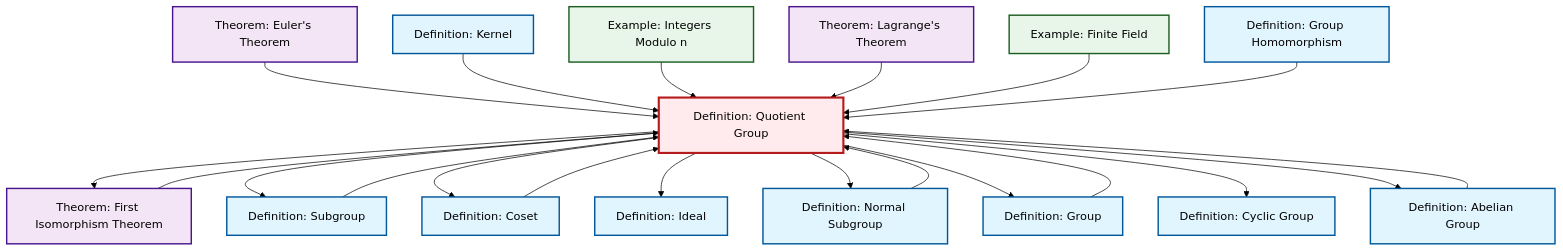
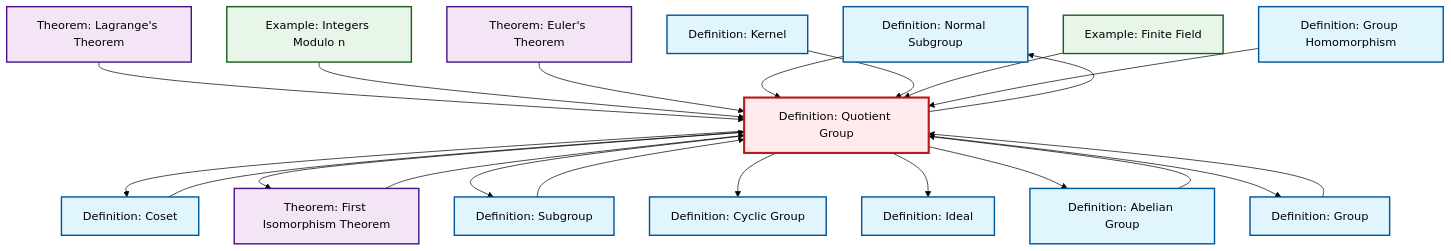
Before and after one commit to RK0429/ModernMath: the diagram in content/ja/algebra/def-quotient-group.qmd, drawn with Mermaid (forest theme). The commit also changed other lines of this file and 497 other files, not shown here.

````diff
--- a/content/ja/algebra/def-quotient-group.qmd
+++ b/content/ja/algebra/def-quotient-group.qmd
@@ -143,59 +143,59 @@
 ```{mermaid}
 %%| fig-cap: "Local dependency graph"
 graph TD
     classDef definition fill:#e1f5fe,stroke:#01579b,stroke-width:2px
     classDef theorem fill:#f3e5f5,stroke:#4a148c,stroke-width:2px
     classDef axiom fill:#fff3e0,stroke:#e65100,stroke-width:2px
     classDef example fill:#e8f5e9,stroke:#1b5e20,stroke-width:2px
     classDef current fill:#ffebee,stroke:#b71c1c,stroke-width:3px
+    def-normal-subgroup["Definition: Normal Subgroup"]:::definition
+    thm-first-isomorphism["Theorem: First Isomorphism Theorem"]:::theorem
+    def-kernel["Definition: Kernel"]:::definition
+    def-ideal["Definition: Ideal"]:::definition
+    def-homomorphism["Definition: Group Homomorphism"]:::definition
+    def-coset["Definition: Coset"]:::definition
+    ex-quotient-integers-mod-n["Example: Integers Modulo n"]:::example
+    thm-lagrange["Theorem: Lagrange's Theorem"]:::theorem
     def-quotient-group["Definition: Quotient Group"]:::definition
-    def-normal-subgroup["Definition: Normal Subgroup"]:::definition
     thm-euler["Theorem: Euler's Theorem"]:::theorem
+    def-cyclic-group["Definition: Cyclic Group"]:::definition
+    def-subgroup["Definition: Subgroup"]:::definition
+    def-group["Definition: Group"]:::definition
+    ex-finite-field["Example: Finite Field"]:::example
     def-abelian-group["Definition: Abelian Group"]:::definition
-    thm-lagrange["Theorem: Lagrange's Theorem"]:::theorem
-    thm-first-isomorphism["Theorem: First Isomorphism Theorem"]:::theorem
-    def-coset["Definition: Coset"]:::definition
-    def-ideal["Definition: Ideal"]:::definition
-    def-kernel["Definition: Kernel"]:::definition
-    ex-finite-field["Example: Finite Field"]:::example
-    def-homomorphism["Definition: Group Homomorphism"]:::definition
-    ex-quotient-integers-mod-n["Example: Integers Modulo n"]:::example
-    def-cyclic-group["Definition: Cyclic Group"]:::definition
-    def-group["Definition: Group"]:::definition
-    def-subgroup["Definition: Subgroup"]:::definition
+    thm-lagrange --> def-quotient-group
+    def-subgroup --> def-quotient-group
+    def-quotient-group --> def-coset
+    ex-quotient-integers-mod-n --> def-quotient-group
     def-quotient-group --> thm-first-isomorphism
-    thm-first-isomorphism --> def-quotient-group
+    def-coset --> def-quotient-group
+    thm-euler --> def-quotient-group
     def-quotient-group --> def-subgroup
-    def-quotient-group --> def-coset
-    def-abelian-group --> def-quotient-group
-    thm-euler --> def-quotient-group
-    def-subgroup --> def-quotient-group
-    def-quotient-group --> def-ideal
+    def-quotient-group --> def-normal-subgroup
+    def-quotient-group --> def-cyclic-group
+    def-normal-subgroup --> def-quotient-group
     def-kernel --> def-quotient-group
-    def-quotient-group --> def-normal-subgroup
-    ex-quotient-integers-mod-n --> def-quotient-group
-    def-quotient-group --> def-group
-    def-coset --> def-quotient-group
-    thm-lagrange --> def-quotient-group
-    def-normal-subgroup --> def-quotient-group
     def-group --> def-quotient-group
     ex-finite-field --> def-quotient-group
+    def-abelian-group --> def-quotient-group
+    def-quotient-group --> def-ideal
+    thm-first-isomorphism --> def-quotient-group
+    def-quotient-group --> def-abelian-group
+    def-quotient-group --> def-group
     def-homomorphism --> def-quotient-group
-    def-quotient-group --> def-cyclic-group
-    def-quotient-group --> def-abelian-group
     class def-quotient-group current
     click def-normal-subgroup "def-normal-subgroup.html" "Definition: Normal Subgroupへ"
+    click thm-first-isomorphism "thm-first-isomorphism.html" "Theorem: First Isomorphism Theoremへ"
+    click def-kernel "def-kernel.html" "Definition: Kernelへ"
+    click def-ideal "def-ideal.html" "Definition: Idealへ"
+    click def-homomorphism "def-homomorphism.html" "Definition: Group Homomorphismへ"
+    click def-coset "def-coset.html" "Definition: Cosetへ"
+    click ex-quotient-integers-mod-n "ex-quotient-integers-mod-n.html" "Example: Integers Modulo nへ"
+    click thm-lagrange "thm-lagrange.html" "Theorem: Lagrange's Theoremへ"
     click thm-euler "thm-euler.html" "Theorem: Euler's Theoremへ"
+    click def-cyclic-group "def-cyclic-group.html" "Definition: Cyclic Groupへ"
+    click def-subgroup "def-subgroup.html" "Definition: Subgroupへ"
+    click def-group "def-group.html" "Definition: Groupへ"
+    click ex-finite-field "ex-finite-field.html" "Example: Finite Fieldへ"
     click def-abelian-group "def-abelian-group.html" "Definition: Abelian Groupへ"
-    click thm-lagrange "thm-lagrange.html" "Theorem: Lagrange's Theoremへ"
-    click thm-first-isomorphism "thm-first-isomorphism.html" "Theorem: First Isomorphism Theoremへ"
-    click def-coset "def-coset.html" "Definition: Cosetへ"
-    click def-ideal "def-ideal.html" "Definition: Idealへ"
-    click def-kernel "def-kernel.html" "Definition: Kernelへ"
-    click ex-finite-field "ex-finite-field.html" "Example: Finite Fieldへ"
-    click def-homomorphism "def-homomorphism.html" "Definition: Group Homomorphismへ"
-    click ex-quotient-integers-mod-n "ex-quotient-integers-mod-n.html" "Example: Integers Modulo nへ"
-    click def-cyclic-group "def-cyclic-group.html" "Definition: Cyclic Groupへ"
-    click def-group "def-group.html" "Definition: Groupへ"
-    click def-subgroup "def-subgroup.html" "Definition: Subgroupへ"
 ```
````
